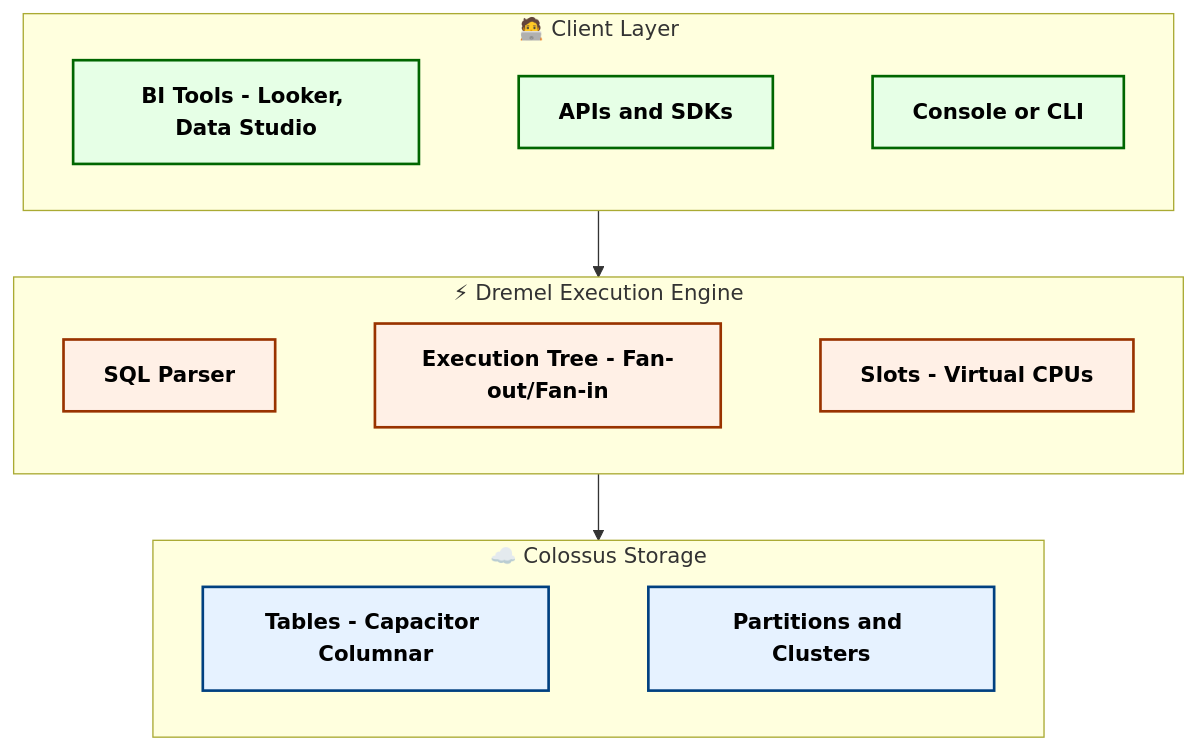
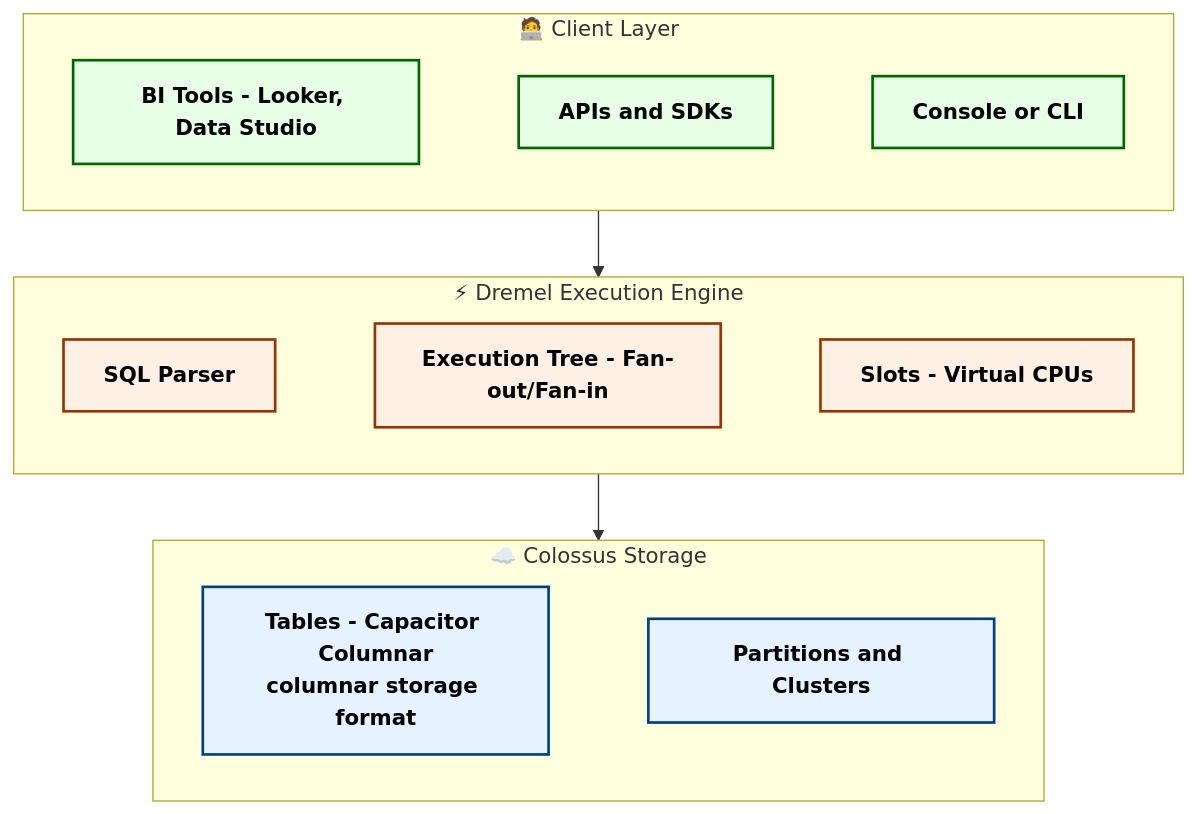
Before and after one commit to blaire101/DE2-AWS-Azure-GCP-2025: the second of 5 diagrams in GCP-interview.md, drawn with Mermaid. The commit also changed other lines of this file, not shown here.

````diff
--- a/GCP-interview.md
+++ b/GCP-interview.md
@@ -62,44 +62,44 @@
 ```mermaid
 flowchart TD
 
 %% ===== Styles =====
 classDef storage fill:#e6f2ff,stroke:#004080,stroke-width:2px,color:#000,font-weight:bold
 classDef compute fill:#fff0e6,stroke:#993300,stroke-width:2px,color:#000,font-weight:bold
 classDef client  fill:#e6ffe6,stroke:#006600,stroke-width:2px,color:#000,font-weight:bold
 
 %% ===== Client Layer: subgraph with nodes forced horizontal via hidden links =====
 subgraph Client["🧑‍💻 Client Layer"]
 U1["BI Tools - Looker, Data Studio"]:::client
 U2["APIs and SDKs"]:::client
 U3["Console or CLI"]:::client
 U1 --- U2
 U2 --- U3
 end
 
 %% ===== Compute Layer =====
 subgraph Compute["⚡ Dremel Execution Engine"]
 Q1["SQL Parser"]:::compute
 Q2["Execution Tree - Fan-out/Fan-in"]:::compute
 Q3["Slots - Virtual CPUs"]:::compute
 Q1 --- Q2
 Q2 --- Q3
 end
 
 %% ===== Storage Layer =====
 subgraph Storage["☁️ Colossus Storage"]
-T1["Tables - Capacitor Columnar"]:::storage
+T1["Tables - Capacitor Columnar<br>columnar storage format"]:::storage
 P1["Partitions and Clusters"]:::storage
 T1 --- P1
 end
 
 %% ===== Vertical flow between the three frames =====
 Client --> Compute
 Compute --> Storage
 
 %% ===== Hide the helper horizontal links so only the frames and vertical arrows remain =====
 linkStyle 0 stroke-width:0px,fill:none
 linkStyle 1 stroke-width:0px,fill:none
 linkStyle 2 stroke-width:0px,fill:none
 linkStyle 3 stroke-width:0px,fill:none
 linkStyle 4 stroke-width:0px,fill:none
 ```
````
